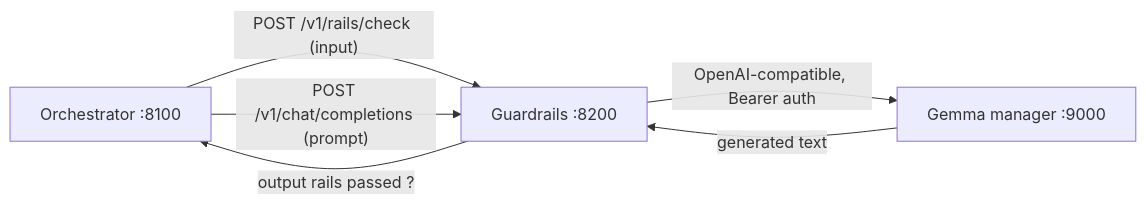
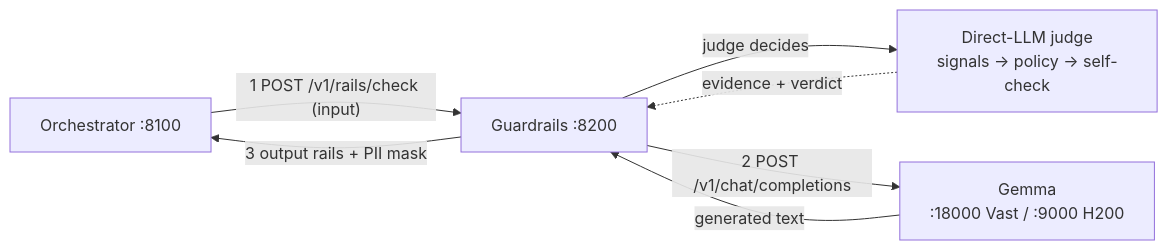
Before and after one commit to AliNikkhah2001/Work_RAG-Guardrails: the first of 3 diagrams in README.md, drawn with Mermaid. The commit also changed other lines of this file and 3 other files, not shown here.

Commit message:
docs(guardrails): rewrite self-contained README, drop NeMo, add diagrams+SVGs

````diff
--- a/README.md
+++ b/README.md
@@ -375,8 +29,13 @@
 ```mermaid
 flowchart LR
-    ORCH["Orchestrator :8100"] -->|"POST /v1/rails/check (input)"| GR["Guardrails :8200"]
-    ORCH -->|"POST /v1/chat/completions (prompt)"| GR
-    GR -->|"OpenAI-compatible, Bearer auth"| GE["Gemma manager :9000"]
-    GE -->|"generated text"| GR
-    GR -->|"output rails passed ?"| ORCH
+    ORCH["Orchestrator :8100"]
+    GR["Guardrails :8200"]
+    JUDGE["Direct-LLM judge\nsignals -> policy -> self-check"]
+    GE["Gemma\n:18000 Vast / :9000 H200"]
+    ORCH -->|"1 POST /v1/rails/check (input)"| GR
+    GR -->|judge decides| JUDGE
+    JUDGE -.->|evidence + verdict| GR
+    GR -->|"2 POST /v1/chat/completions"| GE
+    GE -->|generated text| GR
+    GR -->|"3 output rails + PII mask"| ORCH
 ```
````
